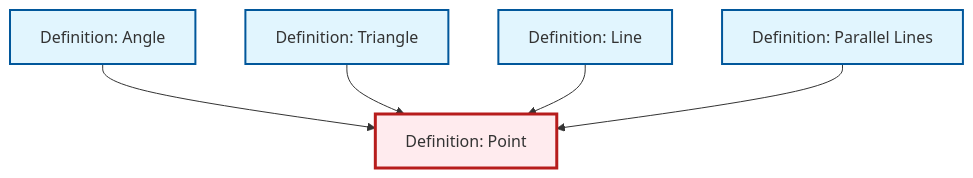
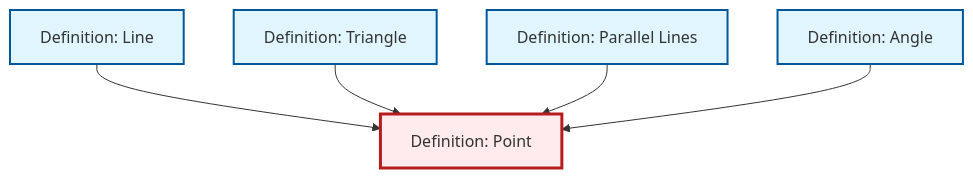
One commit to RK0429/ModernMath changed the diagram in content/ja/geometry/def-point.qmd. Above: the diagram before and after it, drawn with Mermaid. The commit also changed other lines of this file and 497 other files, not shown here.

````diff
--- a/content/ja/geometry/def-point.qmd
+++ b/content/ja/geometry/def-point.qmd
@@ -40,23 +40,23 @@
 ```{mermaid}
 %%| fig-cap: "Local dependency graph"
 graph TD
     classDef definition fill:#e1f5fe,stroke:#01579b,stroke-width:2px
     classDef theorem fill:#f3e5f5,stroke:#4a148c,stroke-width:2px
     classDef axiom fill:#fff3e0,stroke:#e65100,stroke-width:2px
     classDef example fill:#e8f5e9,stroke:#1b5e20,stroke-width:2px
     classDef current fill:#ffebee,stroke:#b71c1c,stroke-width:3px
     def-angle["Definition: Angle"]:::definition
+    def-point["Definition: Point"]:::definition
+    def-parallel["Definition: Parallel Lines"]:::definition
+    def-line["Definition: Line"]:::definition
     def-triangle["Definition: Triangle"]:::definition
-    def-parallel["Definition: Parallel Lines"]:::definition
-    def-point["Definition: Point"]:::definition
-    def-line["Definition: Line"]:::definition
+    def-line --> def-point
+    def-triangle --> def-point
+    def-parallel --> def-point
     def-angle --> def-point
-    def-triangle --> def-point
-    def-line --> def-point
-    def-parallel --> def-point
     class def-point current
     click def-angle "def-angle.html" "Definition: Angleへ"
-    click def-triangle "def-triangle.html" "Definition: Triangleへ"
     click def-parallel "def-parallel.html" "Definition: Parallel Linesへ"
     click def-line "def-line.html" "Definition: Lineへ"
+    click def-triangle "def-triangle.html" "Definition: Triangleへ"
 ```
````
